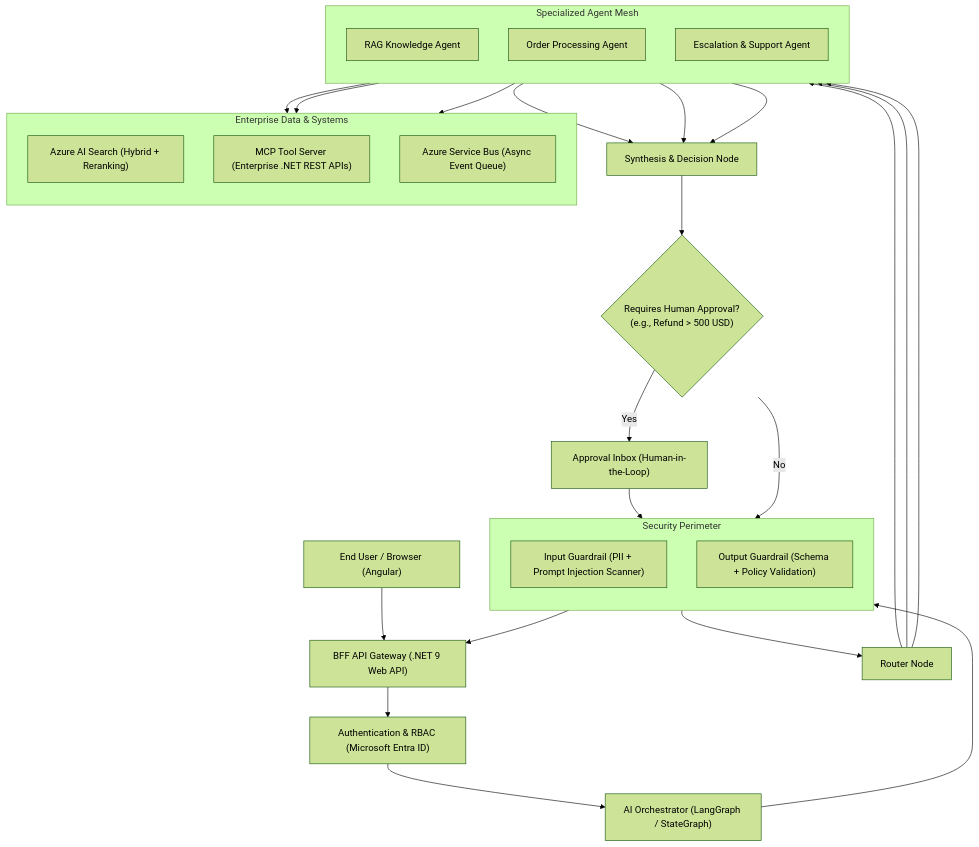
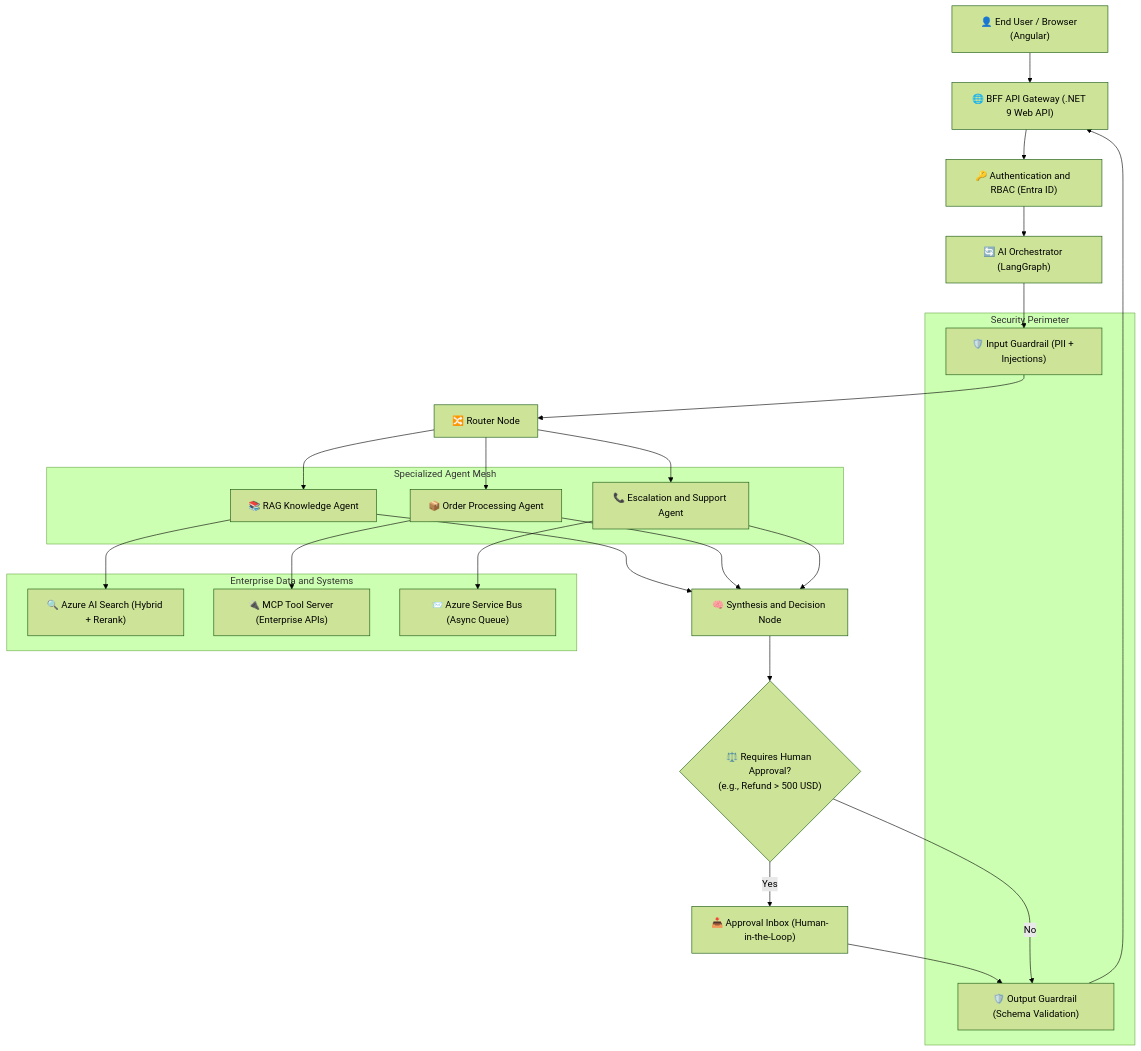
One commit to dip4k/senior-engineer-to-ai-engineer-roadmap changed the diagram in ai-engineering-glossary-by-practice.md. Above: the diagram before and after it, drawn with Mermaid (forest theme). The commit also changed 94 other files, not shown here.

Commit message:
refactor(curriculum): complete Phase 04 upgrade and enforce diagram renderer invariants

````diff
--- a/ai-engineering-glossary-by-practice.md
+++ b/ai-engineering-glossary-by-practice.md
@@ -449,48 +449,45 @@
 ```mermaid
 flowchart TD
-    User["End User / Browser (Angular)"] --> API["BFF API Gateway (.NET 9 Web API)"]
-    API --> Auth["Authentication & RBAC (Microsoft Entra ID)"]
-    Auth --> Orchestrator["AI Orchestrator (LangGraph / StateGraph)"]
+    User["👤 End User / Browser (Angular)"] --> API["🌐 BFF API Gateway (.NET 9 Web API)"]
+    API --> Auth["🔑 Authentication and RBAC (Entra ID)"]
+    Auth --> Orchestrator["🔄 AI Orchestrator (LangGraph)"]
     
     subgraph Guardrails["Security Perimeter"]
-        direction TB
-        InputGuard["Input Guardrail (PII + Prompt Injection Scanner)"]
-        OutputGuard["Output Guardrail (Schema + Policy Validation)"]
+        InputGuard["🛡️ Input Guardrail (PII + Injections)"]
+        OutputGuard["🛡️ Output Guardrail (Schema Validation)"]
     end
     
     Orchestrator --> InputGuard
-    InputGuard --> Router["Router Node"]
+    InputGuard --> Router["🔀 Router Node"]
     
     subgraph AgentMesh["Specialized Agent Mesh"]
-        direction TB
-        RAGAgent["RAG Knowledge Agent"]
-        OrderAgent["Order Processing Agent"]
-        EscalationAgent["Escalation & Support Agent"]
+        RAGAgent["📚 RAG Knowledge Agent"]
+        OrderAgent["📦 Order Processing Agent"]
+        EscalationAgent["📞 Escalation and Support Agent"]
     end
     
     Router --> RAGAgent
     Router --> OrderAgent
     Router --> EscalationAgent
     
-    subgraph EnterpriseBackbone["Enterprise Data & Systems"]
-        direction TB
-        AzureSearch["Azure AI Search (Hybrid + Reranking)"]
-        MCPServer["MCP Tool Server (Enterprise .NET REST APIs)"]
-        ServiceBus["Azure Service Bus (Async Event Queue)"]
+    subgraph EnterpriseBackbone["Enterprise Data and Systems"]
+        AzureSearch["🔍 Azure AI Search (Hybrid + Rerank)"]
+        MCPServer["🔌 MCP Tool Server (Enterprise APIs)"]
+        ServiceBus["📨 Azure Service Bus (Async Queue)"]
     end
     
     RAGAgent --> AzureSearch
     OrderAgent --> MCPServer
     EscalationAgent --> ServiceBus
     
-    RAGAgent --> SynthesisNode["Synthesis & Decision Node"]
+    RAGAgent --> SynthesisNode["🧠 Synthesis and Decision Node"]
     OrderAgent --> SynthesisNode
     EscalationAgent --> SynthesisNode
     
-    SynthesisNode --> HITL{"Requires Human Approval?<br/>(e.g., Refund > 500 USD)"}
-    HITL -- Yes --> ApprovalQueue["Approval Inbox (Human-in-the-Loop)"]
+    SynthesisNode --> HITL{"⚖️ Requires Human Approval?<br/>(e.g., Refund > 500 USD)"}
+    HITL -- Yes --> ApprovalQueue["📥 Approval Inbox (Human-in-the-Loop)"]
     ApprovalQueue --> OutputGuard
     HITL -- No --> OutputGuard
     
     OutputGuard --> API
 ```
````
